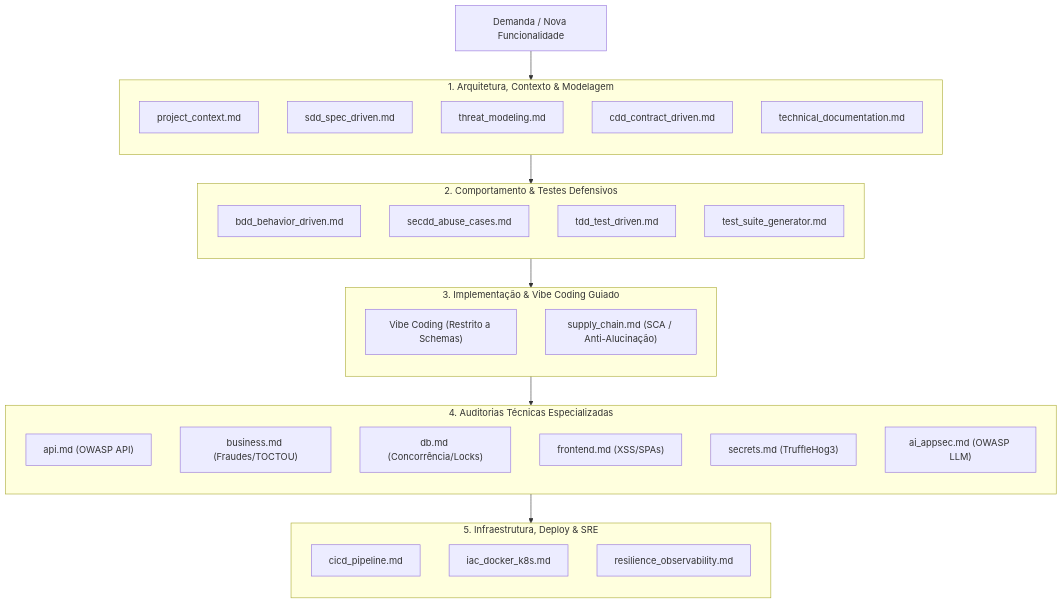
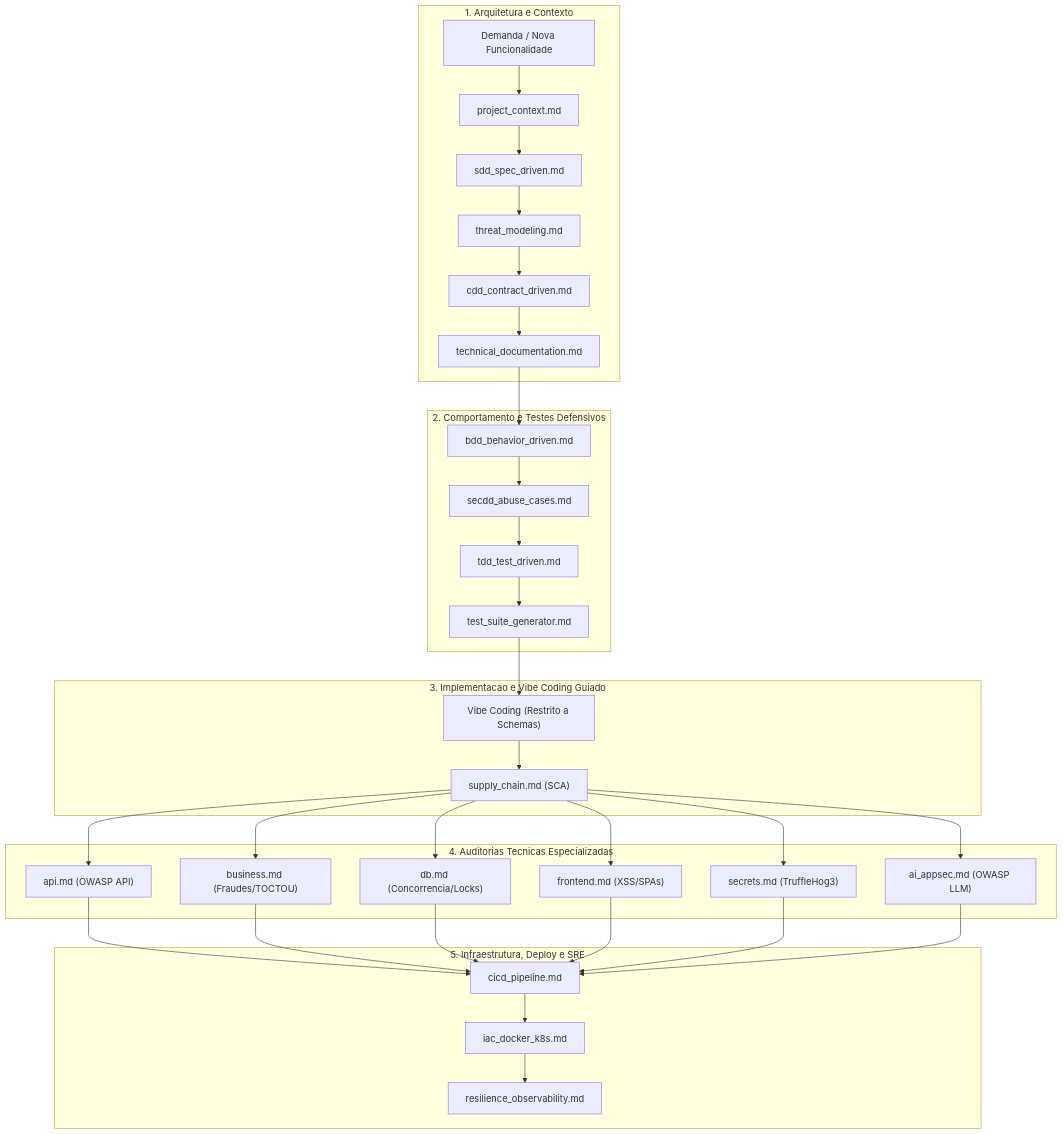
The diagram in README.md (brunoez/prompts), drawn with Mermaid before and after one commit. The commit also changed 1 other file, not shown here.

Commit message:
fix(docs): fix mermaid diagram cross-subgraph syntax for github markdown

````diff
--- a/README.md
+++ b/README.md
@@ -87,48 +87,49 @@
 ```mermaid
 flowchart TD
-    subgraph F1["1. Arquitetura, Contexto & Modelagem"]
-        direction TB
-        B0["project_context.md"]
-        B["sdd_spec_driven.md"]
-        C["threat_modeling.md"]
-        D["cdd_contract_driven.md"]
-        D2["technical_documentation.md"]
+    subgraph Fase1 ["1. Arquitetura e Contexto"]
+        A["Demanda / Nova Funcionalidade"] --> B0["project_context.md"]
+        B0 --> B["sdd_spec_driven.md"]
+        B --> C["threat_modeling.md"]
+        C --> D["cdd_contract_driven.md"]
+        D --> D2["technical_documentation.md"]
     end
 
-    subgraph F2["2. Comportamento & Testes Defensivos"]
-        direction TB
-        E["bdd_behavior_driven.md"]
-        F["secdd_abuse_cases.md"]
-        G["tdd_test_driven.md"]
-        G2["test_suite_generator.md"]
+    subgraph Fase2 ["2. Comportamento e Testes Defensivos"]
+        E["bdd_behavior_driven.md"] --> F["secdd_abuse_cases.md"]
+        F --> G["tdd_test_driven.md"]
+        G --> G2["test_suite_generator.md"]
     end
 
-    subgraph F3["3. Implementação & Vibe Coding Guiado"]
-        direction TB
-        H["Vibe Coding (Restrito a Schemas)"]
-        I["supply_chain.md (SCA / Anti-Alucinação)"]
+    subgraph Fase3 ["3. Implementacao e Vibe Coding Guiado"]
+        H["Vibe Coding (Restrito a Schemas)"] --> I["supply_chain.md (SCA)"]
     end
 
-    subgraph F4["4. Auditorias Técnicas Especializadas"]
-        direction TB
+    subgraph Fase4 ["4. Auditorias Tecnicas Especializadas"]
         J1["api.md (OWASP API)"]
         J2["business.md (Fraudes/TOCTOU)"]
-        J3["db.md (Concorrência/Locks)"]
+        J3["db.md (Concorrencia/Locks)"]
         J4["frontend.md (XSS/SPAs)"]
         J5["secrets.md (TruffleHog3)"]
         J6["ai_appsec.md (OWASP LLM)"]
     end
 
-    subgraph F5["5. Infraestrutura, Deploy & SRE"]
-        direction TB
-        K1["cicd_pipeline.md"]
-        K2["iac_docker_k8s.md"]
-        K3["resilience_observability.md"]
+    subgraph Fase5 ["5. Infraestrutura, Deploy e SRE"]
+        K1["cicd_pipeline.md"] --> K2["iac_docker_k8s.md"]
+        K2 --> K3["resilience_observability.md"]
     end
 
-    A["Demanda / Nova Funcionalidade"] --> F1
-    F1 --> F2
-    F2 --> F3
-    F3 --> F4
-    F4 --> F5
+    D2 --> E
+    G2 --> H
+    I --> J1
+    I --> J2
+    I --> J3
+    I --> J4
+    I --> J5
+    I --> J6
+    J1 --> K1
+    J2 --> K1
+    J3 --> K1
+    J4 --> K1
+    J5 --> K1
+    J6 --> K1
 ```
````
